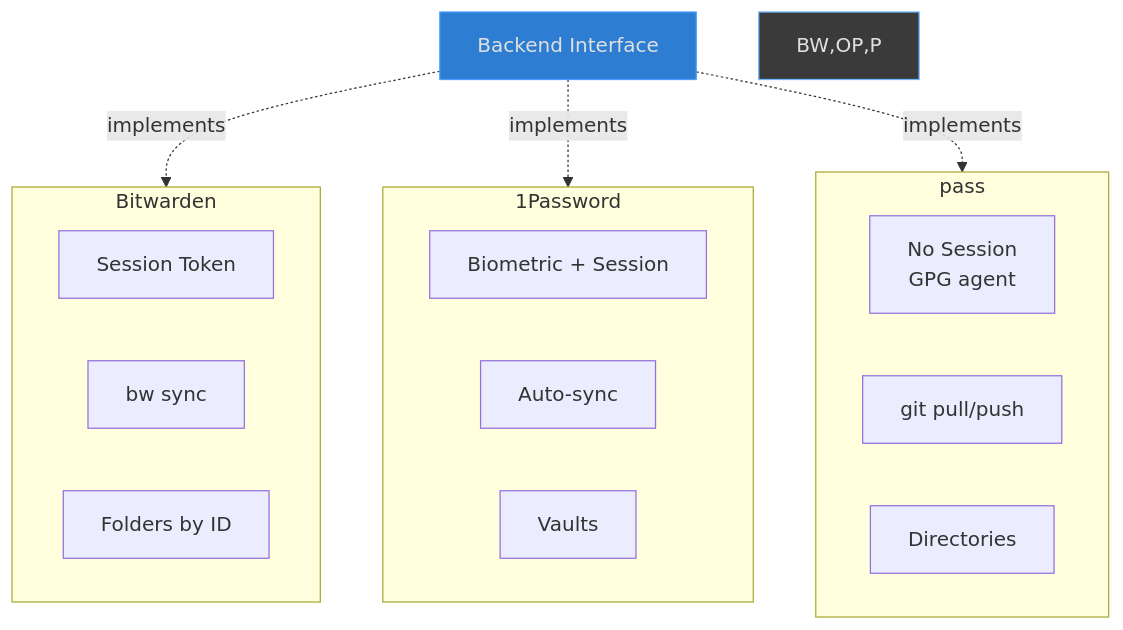
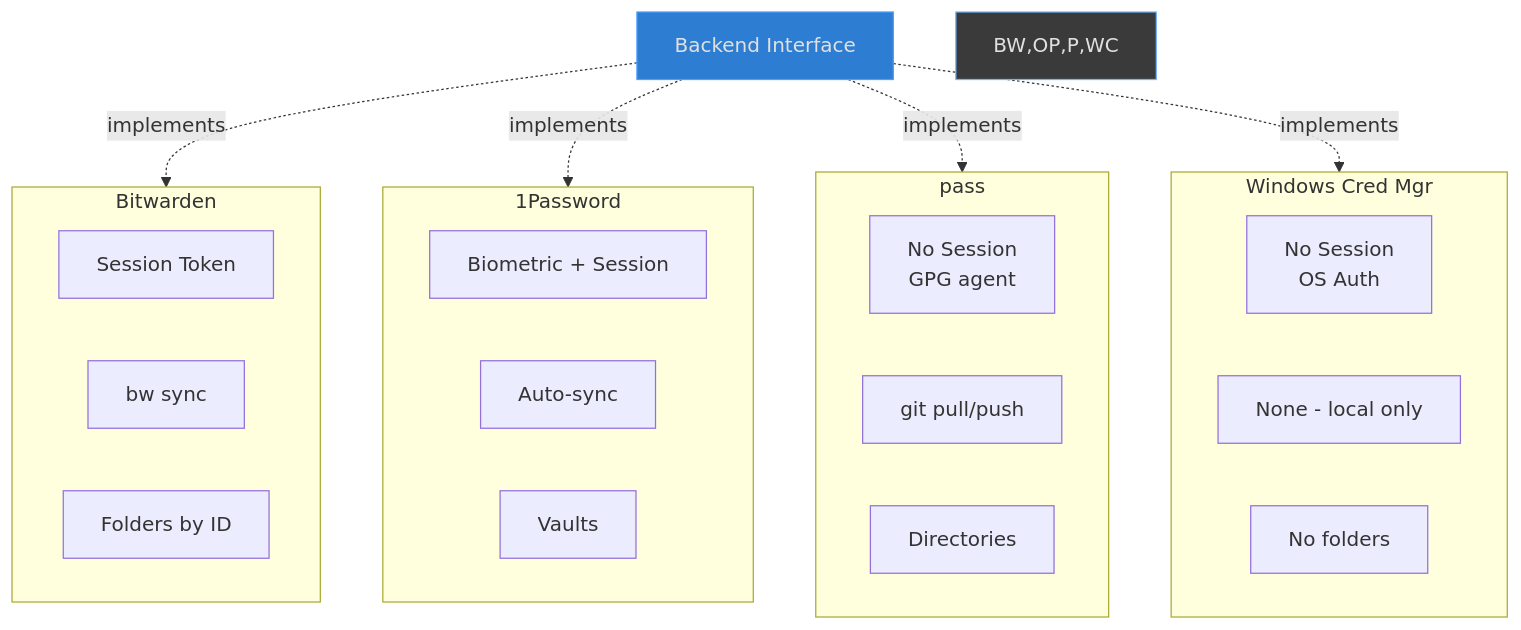
Before and after one commit to blackwell-systems/vaultmux: diagram 11 of 11 in docs/ARCHITECTURE.md, drawn with Mermaid. The commit also changed other lines of this file and 12 other files, not shown here.

First line of the commit message:
feat: Add Windows Credential Manager backend support

````diff
--- a/docs/ARCHITECTURE.md
+++ b/docs/ARCHITECTURE.md
@@ -653,27 +654,34 @@
 ```mermaid
 graph TB
     subgraph BW["Bitwarden"]
         BWSess[Session Token]
         BWSync[bw sync]
         BWFolder[Folders by ID]
     end
 
     subgraph OP["1Password"]
         OPSess[Biometric + Session]
         OPSync[Auto-sync]
         OPVault[Vaults]
     end
 
     subgraph P["pass"]
         PSess[No Session<br/>GPG agent]
         PSync[git pull/push]
         PDir[Directories]
     end
 
+    subgraph WC["Windows Cred Mgr"]
+        WCSess[No Session<br/>OS Auth]
+        WCSync[None - local only]
+        WCFolder[No folders]
+    end
+
     Backend[Backend Interface] -.->|implements| BW
     Backend -.->|implements| OP
     Backend -.->|implements| P
+    Backend -.->|implements| WC
 
     style Backend fill:#2d7dd2,stroke:#4a9eff,color:#e0e0e0
-    style BW,OP,P fill:#3a3a3a,stroke:#6eb5ff,color:#e0e0e0
+    style BW,OP,P,WC fill:#3a3a3a,stroke:#6eb5ff,color:#e0e0e0
 ```
````
